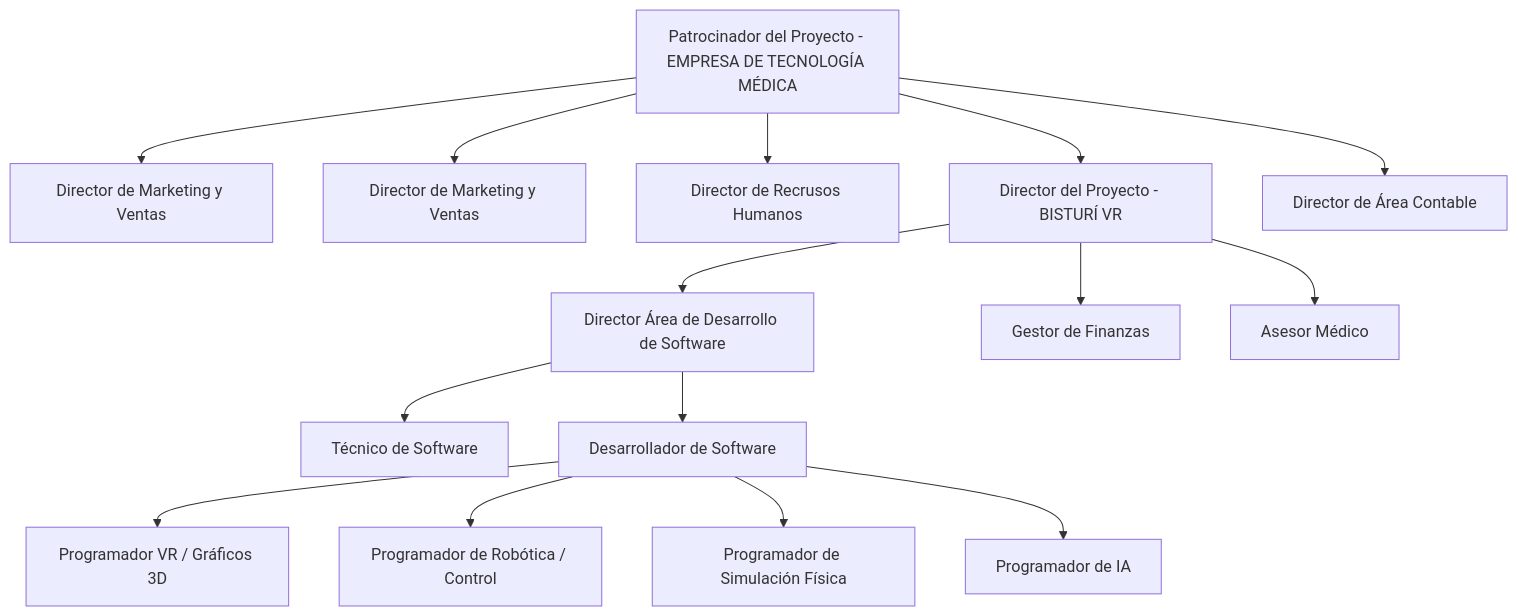
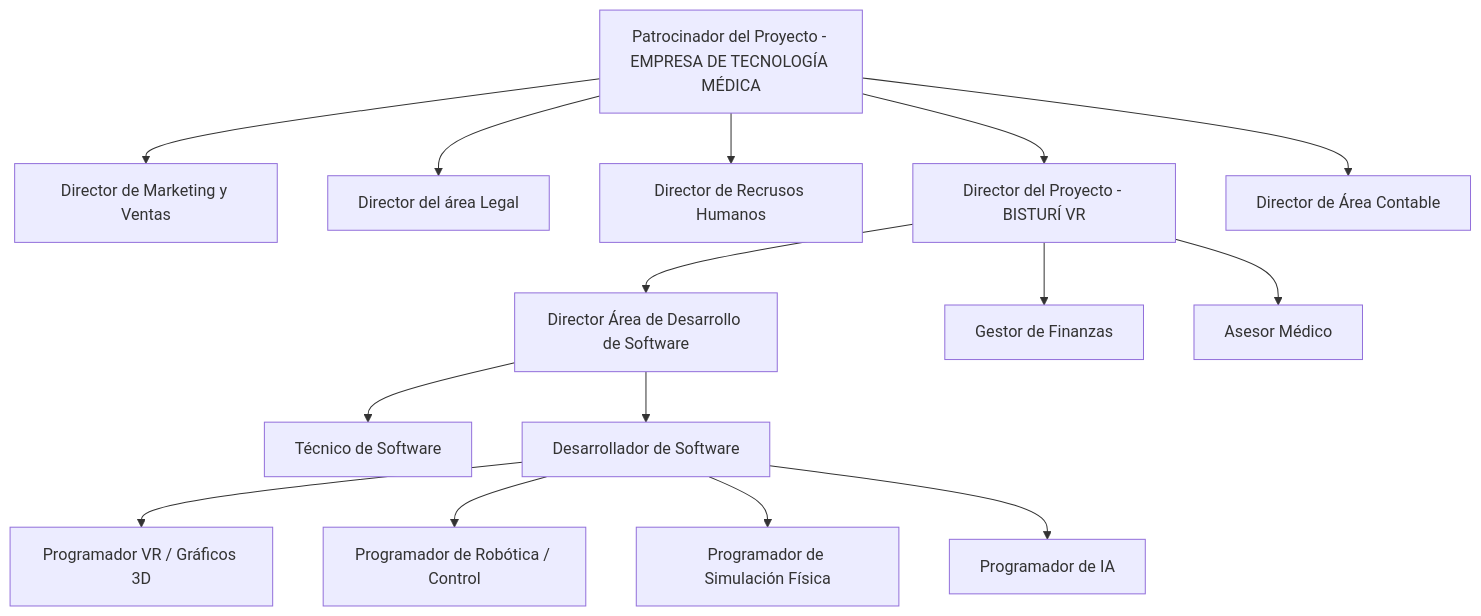
One commit to TomasGonzalez1204/plan-proyecto-gp-uner changed the diagram in docs/01-plan-inicial/organizacion.md. Above: the diagram before and after it, drawn with Mermaid.

````diff
--- a/docs/01-plan-inicial/organizacion.md
+++ b/docs/01-plan-inicial/organizacion.md
@@ -45,41 +45,41 @@
 ```mermaid
 graph TD
 
 A[Patrocinador del Proyecto - EMPRESA DE TECNOLOGÍA MÉDICA]
 
 B[Director de Marketing y Ventas]
-O[Director de Marketing y Ventas]
+O[Director del área Legal]
 C[Director de Recrusos Humanos]
 D[Director del Proyecto - BISTURÍ VR]
 E[Director de Área Contable]
 
 F[Director Área de Desarrollo de Software]
 G[Gestor de Finanzas]
 H[Asesor Médico]
 
 I[Técnico de Software]
 J[Desarrollador de Software]
 
 K[Programador VR / Gráficos 3D]
 L[Programador de Robótica / Control]
 M[Programador de Simulación Física]
 N[Programador de IA]
 
 A --> B
 A --> O
 A --> C
 A --> D
 A --> E
 
 D --> F
 D --> G
 D --> H
 
 F --> I
 F --> J
 
 J --> K
 J --> L
 J --> M
 J --> N
 ```
````
